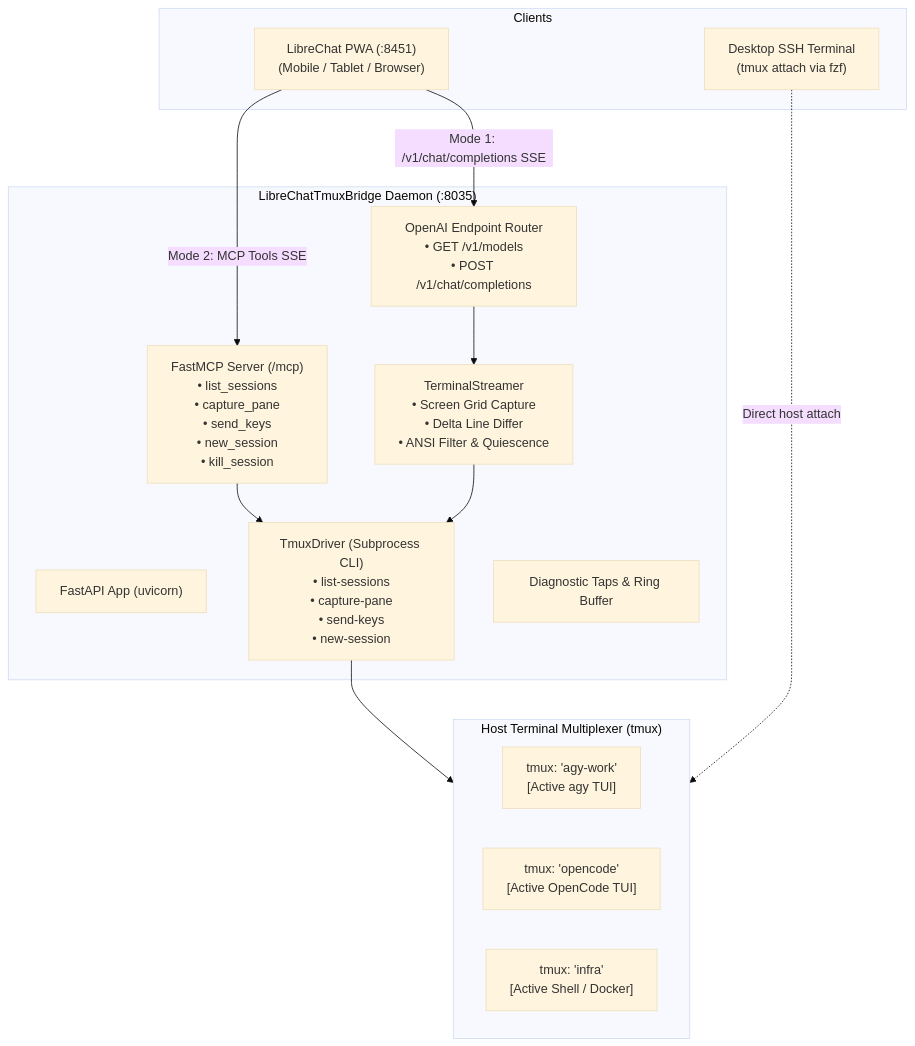
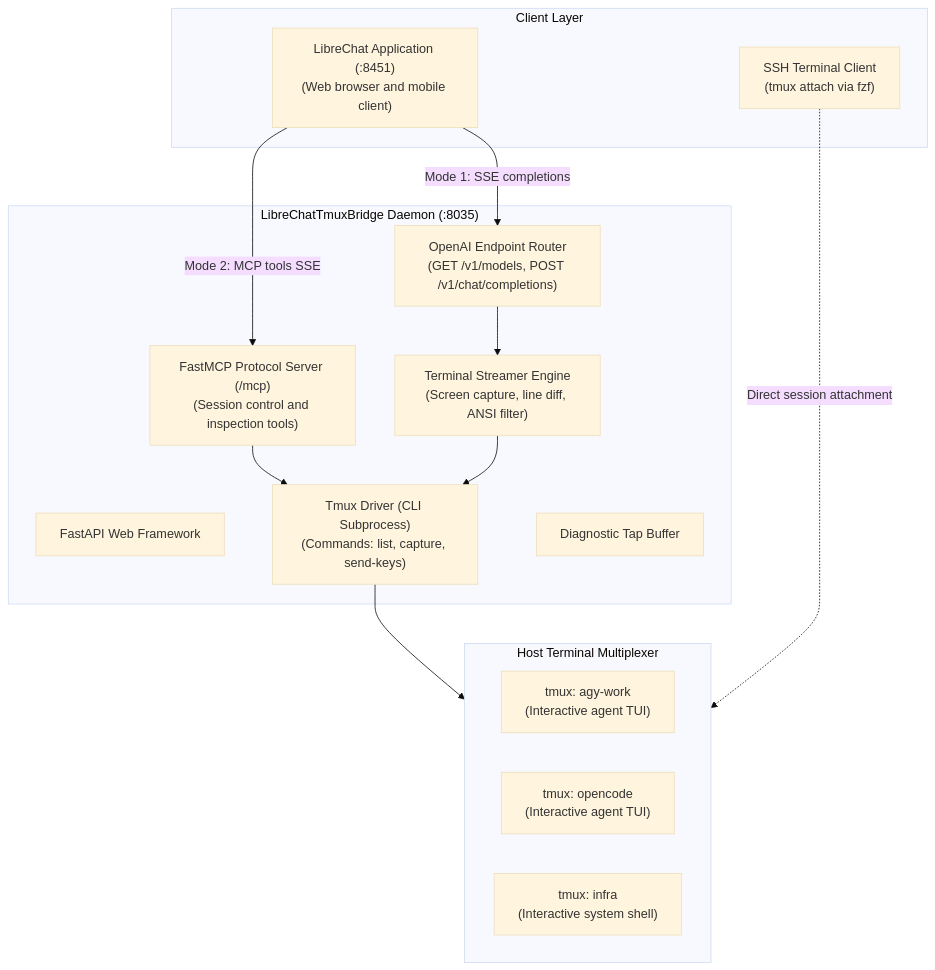
One commit to spelech/LibreChatTmuxBridge changed the diagram in docs/architecture/overview.md. Above: the diagram before and after it, drawn with Mermaid (base theme). The commit also changed other lines of this file and 4 other files, not shown here.

Commit message:
docs(vitepress): configure base path for preview hub and fix mermaid diagram rendering

````diff
--- a/docs/architecture/overview.md
+++ b/docs/architecture/overview.md
@@ -21,30 +19,30 @@
 ```mermaid
 flowchart TD
-    subgraph Clients ["Clients"]
-        LC["LibreChat PWA (:8451)<br/>(Mobile / Tablet / Browser)"]
-        SSH["Desktop SSH Terminal<br/>(tmux attach via fzf)"]
+    subgraph Clients ["Client Layer"]
+        LC["LibreChat Application (:8451)<br/>(Web browser and mobile client)"]
+        SSH["SSH Terminal Client<br/>(tmux attach via fzf)"]
     end
 
     subgraph BridgeDaemon ["LibreChatTmuxBridge Daemon (:8035)"]
-        API["FastAPI App (uvicorn)"]
-        OAI["OpenAI Endpoint Router<br/>• GET /v1/models<br/>• POST /v1/chat/completions"]
-        MCP["FastMCP Server (/mcp)<br/>• list_sessions<br/>• capture_pane<br/>• send_keys<br/>• new_session<br/>• kill_session"]
-        STREAM["TerminalStreamer<br/>• Screen Grid Capture<br/>• Delta Line Differ<br/>• ANSI Filter & Quiescence"]
-        DRIVER["TmuxDriver (Subprocess CLI)<br/>• list-sessions<br/>• capture-pane<br/>• send-keys<br/>• new-session"]
-        TAPS["Diagnostic Taps & Ring Buffer"]
+        API["FastAPI Web Framework"]
+        OAI["OpenAI Endpoint Router<br/>(GET /v1/models, POST /v1/chat/completions)"]
+        MCP["FastMCP Protocol Server (/mcp)<br/>(Session control and inspection tools)"]
+        STREAM["Terminal Streamer Engine<br/>(Screen capture, line diff, ANSI filter)"]
+        DRIVER["Tmux Driver (CLI Subprocess)<br/>(Commands: list, capture, send-keys)"]
+        TAPS["Diagnostic Tap Buffer"]
     end
 
-    subgraph HostTmux ["Host Terminal Multiplexer (tmux)"]
-        S1["tmux: 'agy-work'<br/>[Active agy TUI]"]
-        S2["tmux: 'opencode'<br/>[Active OpenCode TUI]"]
-        S3["tmux: 'infra'<br/>[Active Shell / Docker]"]
+    subgraph HostTmux ["Host Terminal Multiplexer"]
+        S1["tmux: agy-work<br/>(Interactive agent TUI)"]
+        S2["tmux: opencode<br/>(Interactive agent TUI)"]
+        S3["tmux: infra<br/>(Interactive system shell)"]
     end
 
-    LC -->|Mode 1: /v1/chat/completions SSE| OAI
-    LC -->|Mode 2: MCP Tools SSE| MCP
+    LC -->|"Mode 1: SSE completions"| OAI
+    LC -->|"Mode 2: MCP tools SSE"| MCP
     OAI --> STREAM
     MCP --> DRIVER
     STREAM --> DRIVER
     DRIVER --> HostTmux
-    SSH -.->|Direct host attach| HostTmux
+    SSH -.->|"Direct session attachment"| HostTmux
 ```
````
